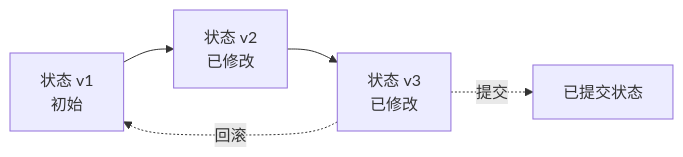
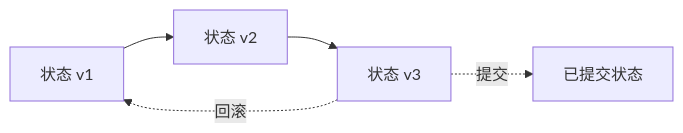
One commit to nexepic/zyx changed the eighth of 9 diagrams in docs/zh/architecture/transactions.md. Above: the diagram before and after it, drawn with Mermaid. The commit also changed other lines of this file and 21 other files, not shown here.

First line of the commit message:
fix: resolve Mermaid diagram display issues in VitePress

````diff
--- a/docs/zh/architecture/transactions.md
+++ b/docs/zh/architecture/transactions.md
@@ -190,7 +190,7 @@
 ```mermaid
 graph LR
-    S1[状态 v1<br/>初始] --> S2[状态 v2<br/>已修改]
-    S2 --> S3[状态 v3<br/>已修改]
+    S1[状态 v1] --> S2[状态 v2]
+    S2 --> S3[状态 v3]
     S3 -.->|提交| S4[已提交状态]
     S3 -.->|回滚| S1
 ```
````
